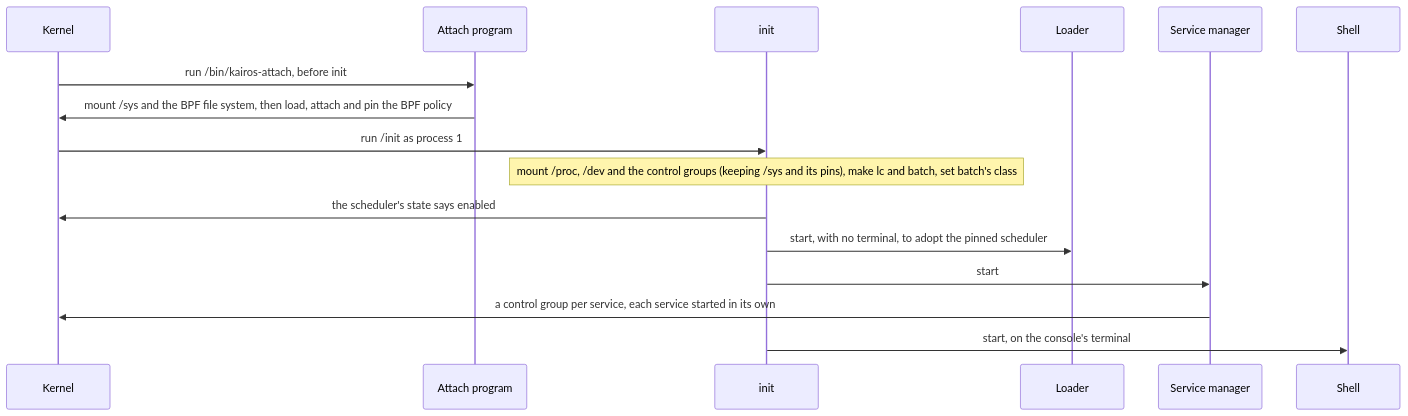
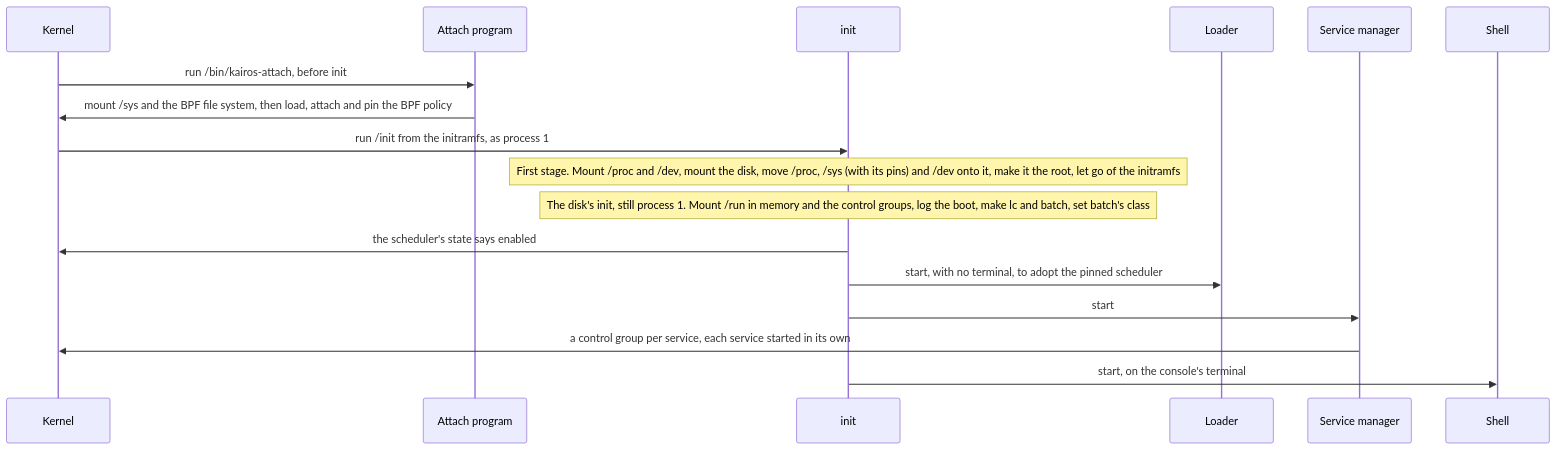
One commit to AayushNair10/KairOS changed the second of 2 diagrams in README.md. Above: the diagram before and after it, drawn with Mermaid. The commit also changed other lines of this file and 2 other files, not shown here.

First line of the commit message:
Docs: Component 9 wrap-up (design log entry 9, README, layout)

````diff
--- a/README.md
+++ b/README.md
@@ -82,18 +83,19 @@
 ```mermaid
 sequenceDiagram
     participant K as Kernel
     participant A as Attach program
     participant I as init
     participant L as Loader
     participant M as Service manager
     participant S as Shell
     K->>A: run /bin/kairos-attach, before init
     A->>K: mount /sys and the BPF file system, then load, attach and pin the BPF policy
-    K->>I: run /init as process 1
-    Note over I: mount /proc, /dev and the control groups (keeping /sys and its pins), make lc and batch, set batch's class
+    K->>I: run /init from the initramfs, as process 1
+    Note over I: First stage. Mount /proc and /dev, mount the disk, move /proc, /sys (with its pins) and /dev onto it, make it the root, let go of the initramfs
+    Note over I: The disk's init, still process 1. Mount /run in memory and the control groups, log the boot, make lc and batch, set batch's class
     I->>K: the scheduler's state says enabled
     I->>L: start, with no terminal, to adopt the pinned scheduler
     I->>M: start
     M->>K: a control group per service, each service started in its own
     I->>S: start, on the console's terminal
 ```
````
